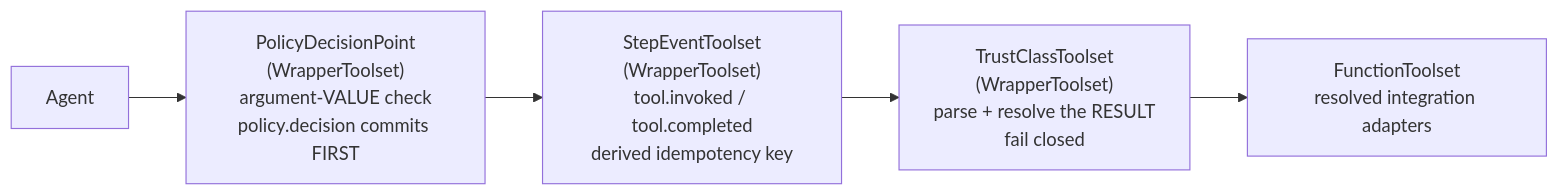
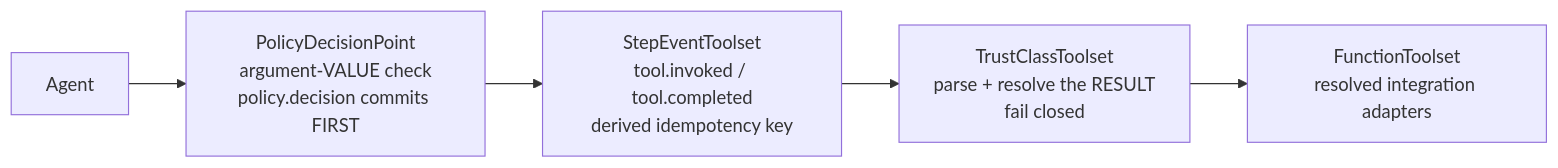
Before and after one commit to eugenelim/company-intelligence-desk: the third of 5 diagrams in docs/architecture/pydantic-ai-worker-runtime/worker-runtime.md, drawn with Mermaid. The commit also changed other lines of this file and 10 other files, not shown here.

First line of the commit message:
docs(architecture): restructure both architecture docs model-first

````diff
--- a/docs/architecture/pydantic-ai-worker-runtime/worker-runtime.md
+++ b/docs/architecture/pydantic-ai-worker-runtime/worker-runtime.md
@@ -384,7 +311,9 @@
 ```mermaid
 flowchart LR
-    M["Agent"] --> PDP["PolicyDecisionPoint<br/>(WrapperToolset)<br/>argument-VALUE check<br/>policy.decision commits FIRST"]
-    PDP --> OBS["StepEventToolset<br/>(WrapperToolset)<br/>tool.invoked / tool.completed<br/>derived idempotency key"]
-    OBS --> TC["TrustClassToolset<br/>(WrapperToolset)<br/>parse + resolve the RESULT<br/>fail closed"]
+%% Question: in what order does a tool call cross the four toolset layers, and what does each one decide?
+%% Zoom: object
+    M["Agent"] --> PDP["PolicyDecisionPoint<br/>argument-VALUE check<br/>policy.decision commits FIRST"]
+    PDP --> OBS["StepEventToolset<br/>tool.invoked / tool.completed<br/>derived idempotency key"]
+    OBS --> TC["TrustClassToolset<br/>parse + resolve the RESULT<br/>fail closed"]
     TC --> FN["FunctionToolset<br/>resolved integration adapters"]
 ```
````
